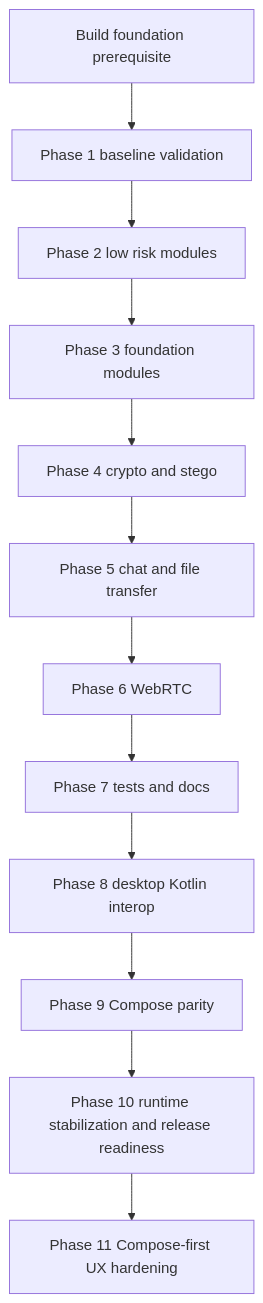
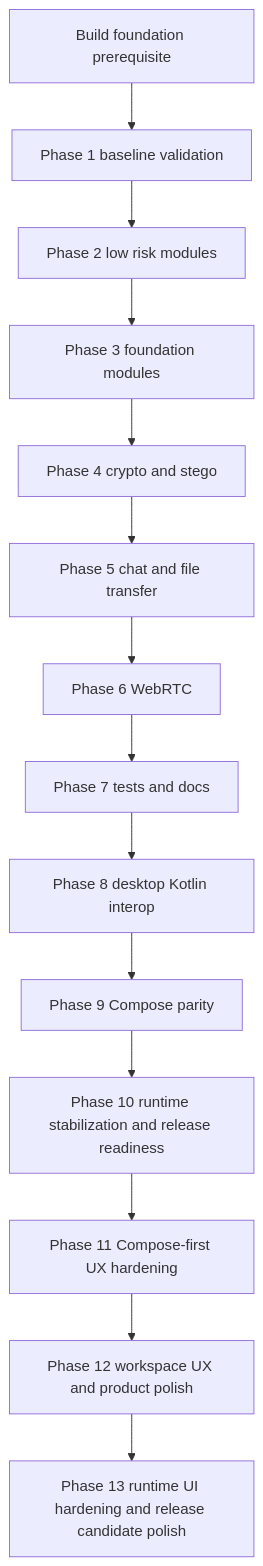
The diagram in docs/kotlin-migration/kotlin-migration.md (Shterneregen/secure-lan-suite), drawn with Mermaid before and after one commit. The commit also changed other lines of this file and 7 other files, not shown here.

Commit message:
Kotlin Migration Phase 13. Runtime UI Hardening

````diff
--- a/docs/kotlin-migration/kotlin-migration.md
+++ b/docs/kotlin-migration/kotlin-migration.md
@@ -44,14 +44,16 @@
 ```mermaid
 flowchart TD
     A[Build foundation prerequisite] --> B[Phase 1 baseline validation]
     B --> C[Phase 2 low risk modules]
     C --> D[Phase 3 foundation modules]
     D --> E[Phase 4 crypto and stego]
     E --> F[Phase 5 chat and file transfer]
     F --> G[Phase 6 WebRTC]
     G --> H[Phase 7 tests and docs]
     H --> I[Phase 8 desktop Kotlin interop]
     I --> J[Phase 9 Compose parity]
     J --> K[Phase 10 runtime stabilization and release readiness]
     K --> L[Phase 11 Compose-first UX hardening]
+    L --> M[Phase 12 workspace UX and product polish]
+    M --> N[Phase 13 runtime UI hardening and release candidate polish]
 ```
````
